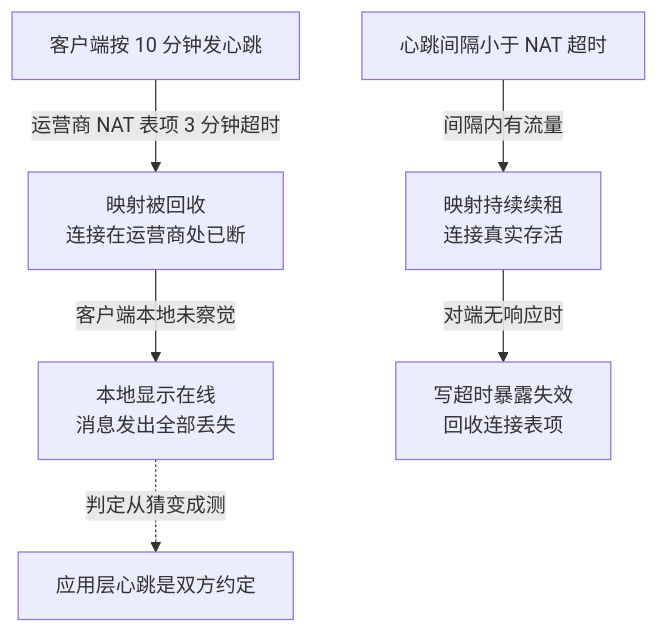
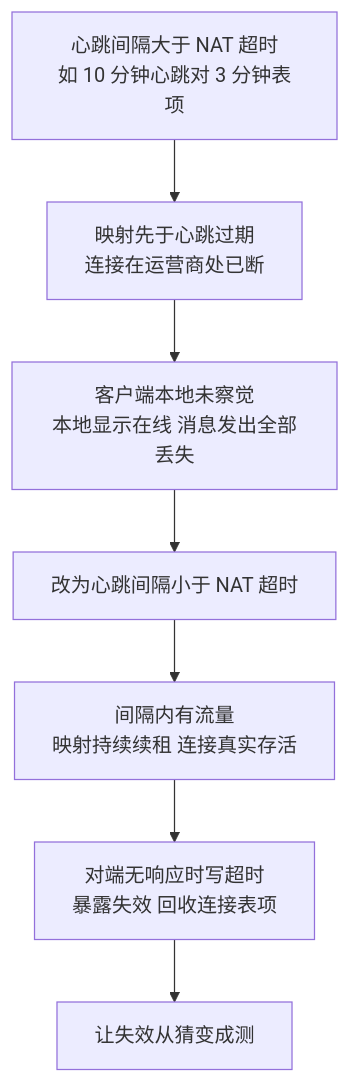
The first of 2 diagrams in vault/工程知识/后端系统：在并发、失败与变化中维持服务/基础设施/长连接网关的工程要点：心跳推送与连接迁移.md (hub138/technical-knowledge), drawn with Mermaid before and after one commit. The commit also changed other lines of this file and 622 other files, not shown here.

````diff
--- a/vault/工程知识/后端系统：在并发、失败与变化中维持服务/基础设施/长连接网关的工程要点：心跳推送与连接迁移.md
+++ b/vault/工程知识/后端系统：在并发、失败与变化中维持服务/基础设施/长连接网关的工程要点：心跳推送与连接迁移.md
@@ -28,8 +45,9 @@
 ```mermaid
 graph TD
-    P["客户端按 10 分钟发心跳"] -->|"运营商 NAT 表项 3 分钟超时"| N["映射被回收<br/>连接在运营商处已断"]
-    N -->|"客户端本地未察觉"| A["本地显示在线<br/>消息发出全部丢失"]
-    F["心跳间隔小于 NAT 超时"] -->|"间隔内有流量"| R["映射持续续租<br/>连接真实存活"]
-    R -->|"对端无响应时"| D["写超时暴露失效<br/>回收连接表项"]
-    A -.->|"判定从猜变成测"| X["应用层心跳是双方约定"]
+    P["心跳间隔大于 NAT 超时<br/>如 10 分钟心跳对 3 分钟表项"] --> N["映射先于心跳过期<br/>连接在运营商处已断"]
+    N --> A["客户端本地未察觉<br/>本地显示在线 消息发出全部丢失"]
+    A --> F["改为心跳间隔小于 NAT 超时"]
+    F --> R["间隔内有流量<br/>映射持续续租 连接真实存活"]
+    R --> D["对端无响应时写超时<br/>暴露失效 回收连接表项"]
+    D --> X["让失效从猜变成测"]
 ```
````
